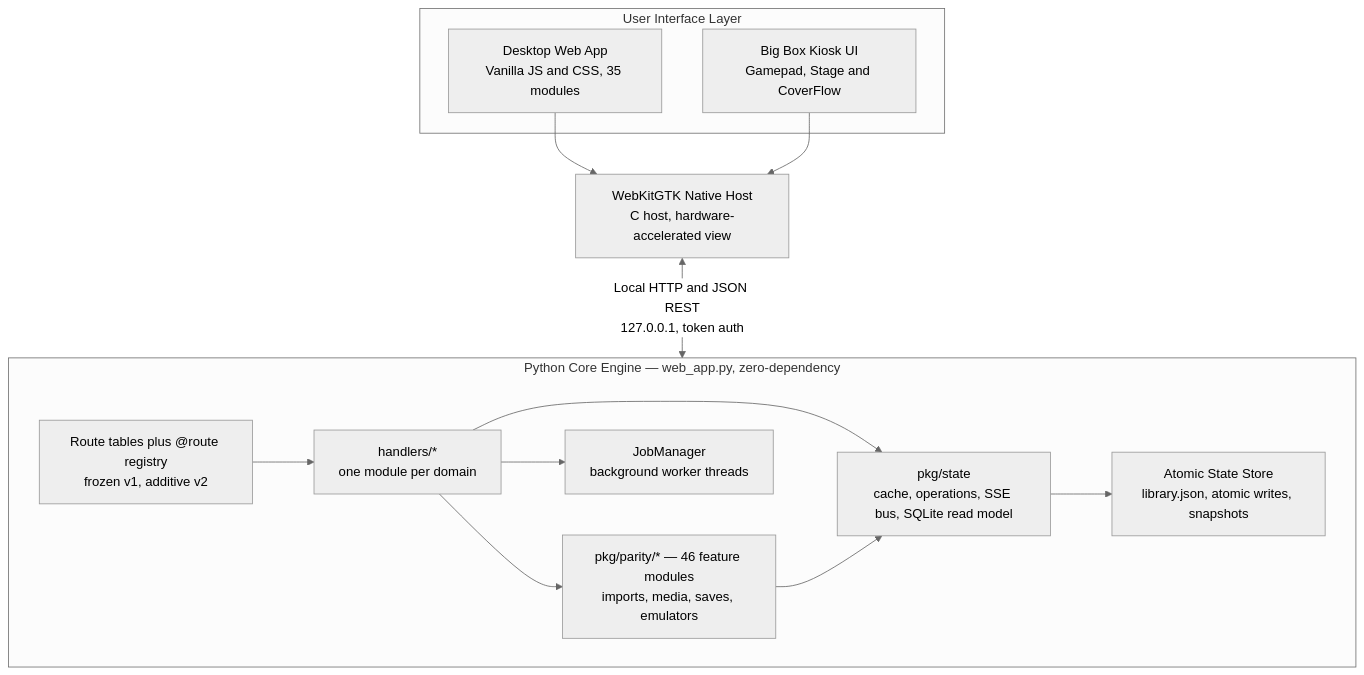
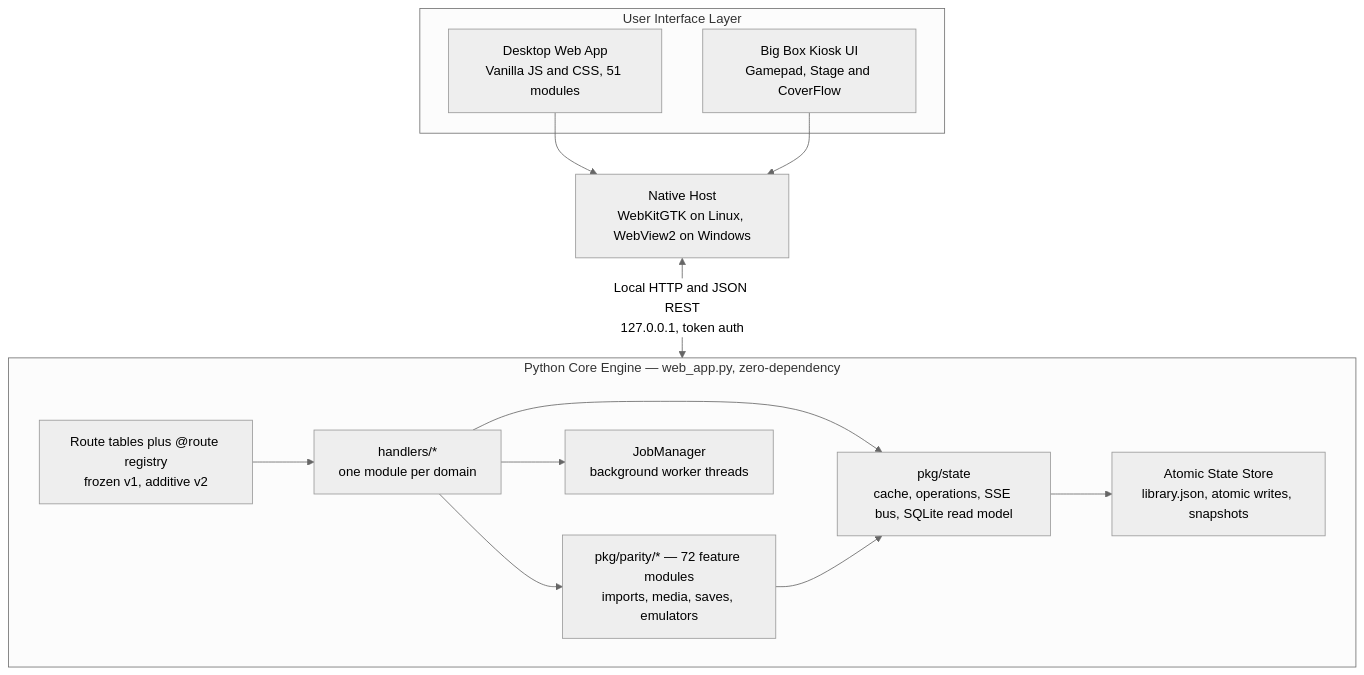
The diagram in content/docs/reference/architecture/index.md (OpenBoxGL/openboxgl.github.io), drawn with Mermaid (neutral theme) before and after one commit. The commit also changed other lines of this file and 116 other files, not shown here.

````diff
--- a/content/docs/reference/architecture/index.md
+++ b/content/docs/reference/architecture/index.md
@@ -10,25 +10,25 @@
 ```mermaid
 flowchart TB
     subgraph UI["User Interface Layer"]
-        WebApp["Desktop Web App<br/>Vanilla JS and CSS, 35 modules"]
+        WebApp["Desktop Web App<br/>Vanilla JS and CSS, 51 modules"]
         BigBox["Big Box Kiosk UI<br/>Gamepad, Stage and CoverFlow"]
     end
-    NativeHost["WebKitGTK Native Host<br/>C host, hardware-accelerated view"]
+    NativeHost["Native Host<br/>WebKitGTK on Linux, WebView2 on Windows"]
     WebApp --> NativeHost
     BigBox --> NativeHost
     NativeHost <-->|Local HTTP and JSON REST<br/>127.0.0.1, token auth| Core
     subgraph Core["Python Core Engine — web_app.py, zero-dependency"]
         Router["Route tables plus @route registry<br/>frozen v1, additive v2"]
         Handlers["handlers/*<br/>one module per domain"]
         Jobs["JobManager<br/>background worker threads"]
-        Parity["pkg/parity/* — 46 feature modules<br/>imports, media, saves, emulators"]
+        Parity["pkg/parity/* — 72 feature modules<br/>imports, media, saves, emulators"]
         StatePkg["pkg/state<br/>cache, operations, SSE bus, SQLite read model"]
         Store["Atomic State Store<br/>library.json, atomic writes, snapshots"]
         Router --> Handlers
         Handlers --> Parity
         Handlers --> Jobs
         Handlers --> StatePkg
         Parity --> StatePkg
         StatePkg --> Store
     end
 ```
````
